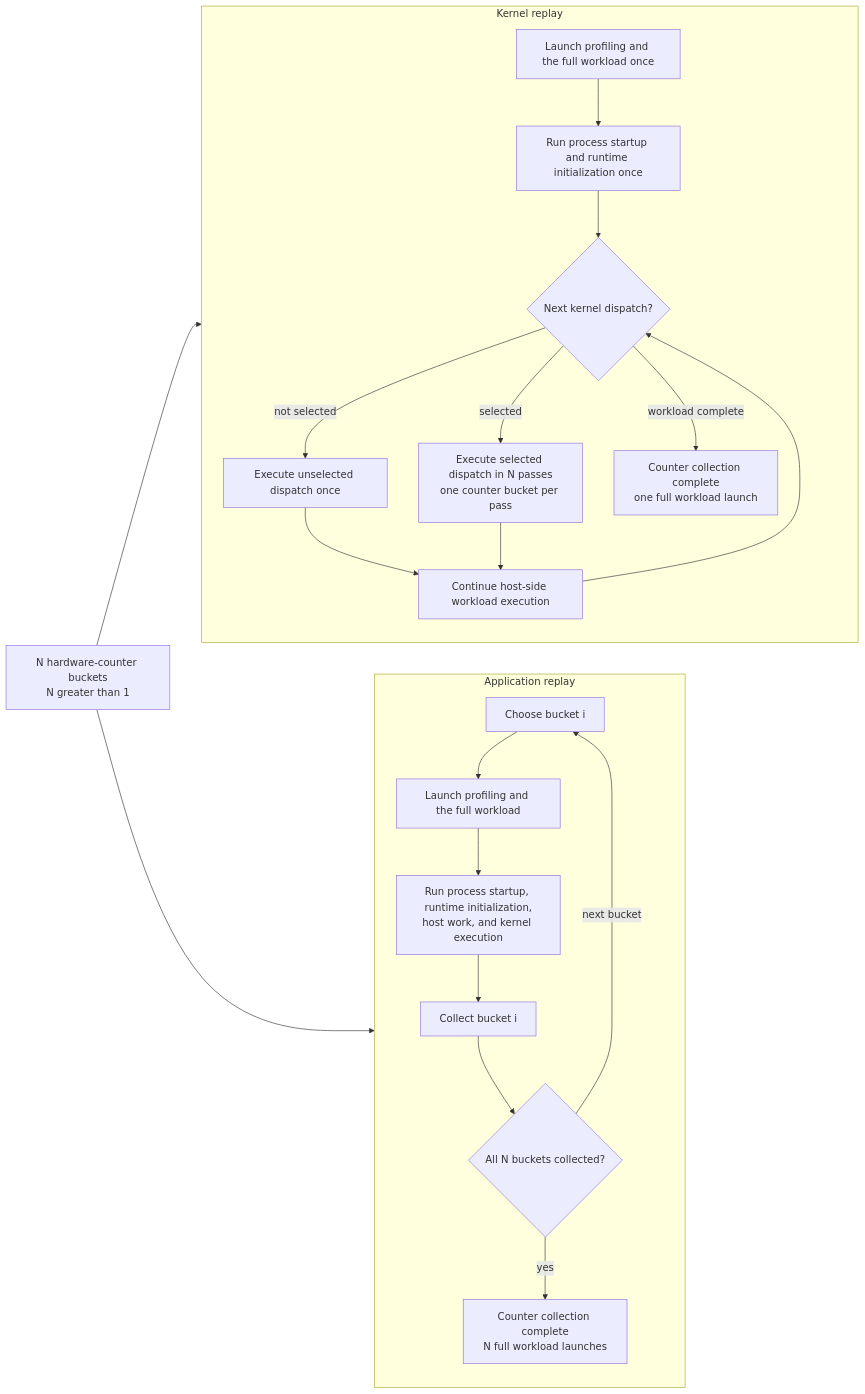
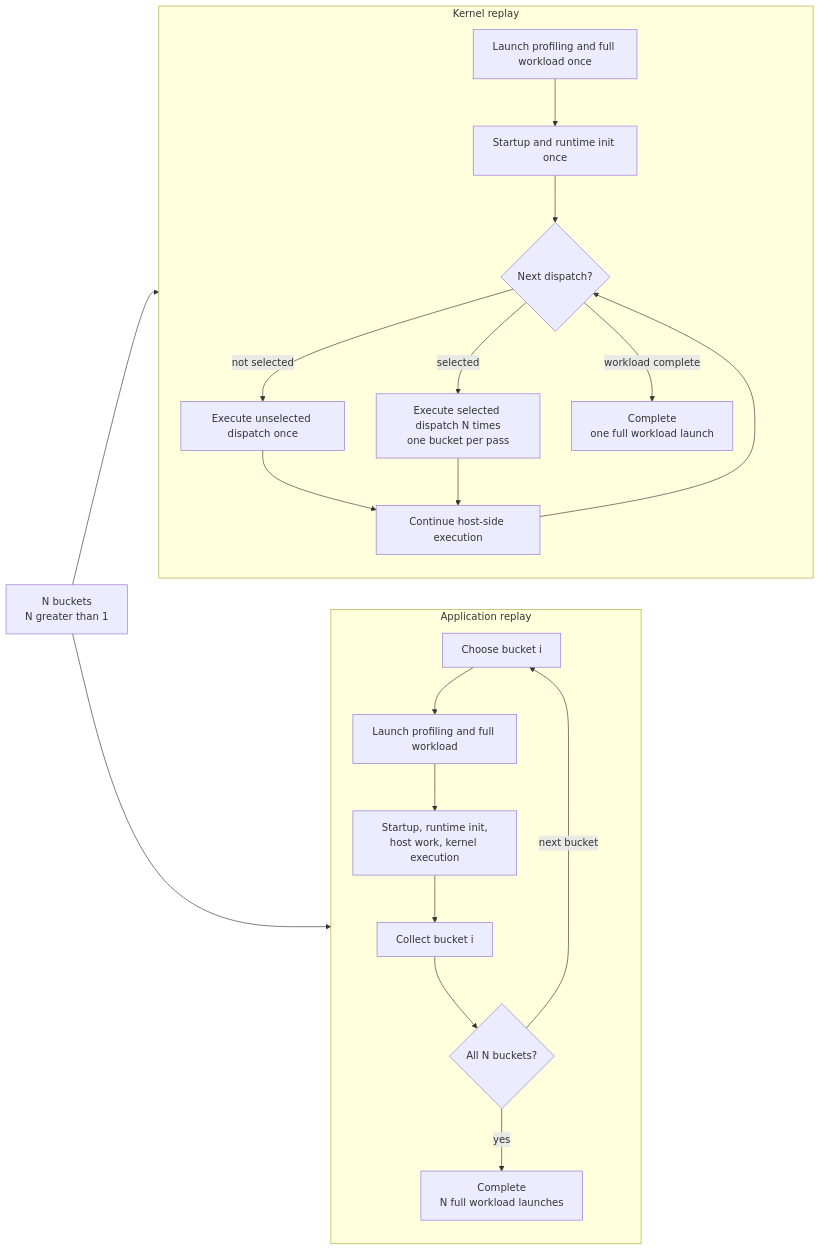
One commit to ROCm/rocm-systems changed the second of 4 diagrams in projects/rocprofiler-compute/docs/design/hld-kernel-replay.md. Above: the diagram before and after it, drawn with Mermaid. The commit also changed other lines of this file, not shown here.

Commit message:
Restructure kernel replay design into tables and diagrams

````diff
--- a/projects/rocprofiler-compute/docs/design/hld-kernel-replay.md
+++ b/projects/rocprofiler-compute/docs/design/hld-kernel-replay.md
@@ -132,38 +136,38 @@
 ```mermaid
 flowchart LR
-    Buckets["N hardware-counter buckets<br/>N greater than 1"]
+    Buckets["N buckets<br/>N greater than 1"]
 
     subgraph Application["Application replay"]
         direction TB
         AppSelect["Choose bucket i"]
-        AppLaunch["Launch profiling and the full workload"]
-        AppRun["Run process startup, runtime initialization,<br/>host work, and kernel execution"]
+        AppLaunch["Launch profiling and full workload"]
+        AppRun["Startup, runtime init,<br/>host work, kernel execution"]
         AppCollect["Collect bucket i"]
-        AppDone{"All N buckets collected?"}
-        AppResult["Counter collection complete<br/>N full workload launches"]
+        AppDone{"All N buckets?"}
+        AppResult["Complete<br/>N full workload launches"]
 
         AppSelect --> AppLaunch --> AppRun --> AppCollect --> AppDone
         AppDone -- next bucket --> AppSelect
         AppDone -- yes --> AppResult
     end
 
     subgraph Kernel["Kernel replay"]
         direction TB
-        KernelLaunch["Launch profiling and the full workload once"]
-        KernelSetup["Run process startup and runtime initialization once"]
-        KernelDispatch{"Next kernel dispatch?"}
+        KernelLaunch["Launch profiling and full workload once"]
+        KernelSetup["Startup and runtime init once"]
+        KernelDispatch{"Next dispatch?"}
         KernelOrdinary["Execute unselected dispatch once"]
-        KernelReplay["Execute selected dispatch in N passes<br/>one counter bucket per pass"]
-        KernelContinue["Continue host-side workload execution"]
-        KernelResult["Counter collection complete<br/>one full workload launch"]
+        KernelReplay["Execute selected dispatch N times<br/>one bucket per pass"]
+        KernelContinue["Continue host-side execution"]
+        KernelResult["Complete<br/>one full workload launch"]
 
         KernelLaunch --> KernelSetup --> KernelDispatch
         KernelDispatch -- not selected --> KernelOrdinary --> KernelContinue
         KernelDispatch -- selected --> KernelReplay --> KernelContinue
         KernelContinue --> KernelDispatch
         KernelDispatch -- workload complete --> KernelResult
     end
 
     Buckets --> AppSelect
     Buckets --> KernelLaunch
 ```
````
